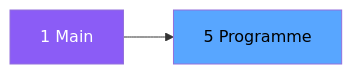
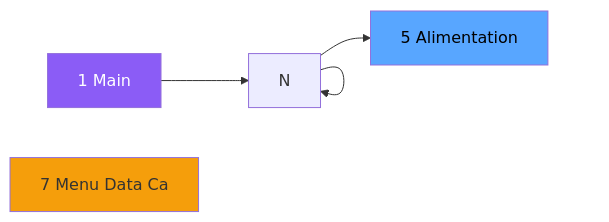
The second of 3 diagrams in .openspec/specs/ADH-IDE-5.md (thonyAGP/magic-migration), drawn with Mermaid before and after one commit. The commit also changed other lines of this file and 323 other files, not shown here.

````diff
--- a/.openspec/specs/ADH-IDE-5.md
+++ b/.openspec/specs/ADH-IDE-5.md
@@ -98,8 +106,13 @@
 ```mermaid
 graph LR
     M[1 Main]
-    T[5 Programme]
-    M --> T
+    N7[7 Menu Data Ca]
+    T[5 Alimentation]
+    M --> N
+    N --> N
+    N --> N
+    N --> T
     style M fill:#8b5cf6,color:#fff
+    style N7 fill:#f59e0b
     style T fill:#58a6ff,color:#000
 ```
````
